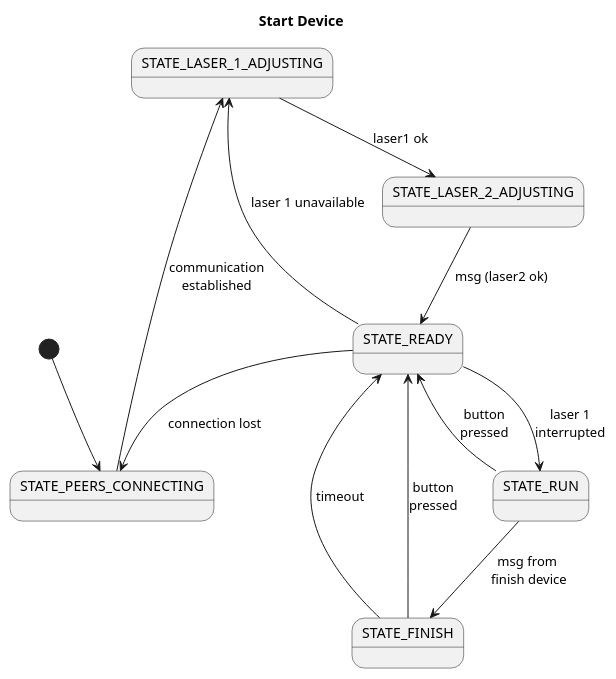
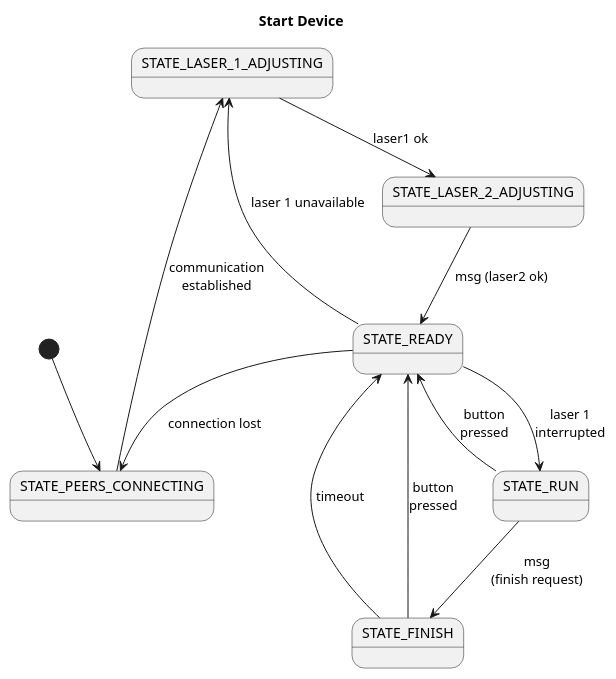
One commit to bardolf/fatrug changed the diagram in doc/uml/state_diagram_start.plantuml. Above: the diagram before and after it, drawn with PlantUML. The commit also changed 6 other files, not shown here.

```diff
--- a/doc/uml/state_diagram_start.plantuml
+++ b/doc/uml/state_diagram_start.plantuml
@@ -1,24 +1,24 @@
 @startuml
 
 title Start Device
 
 state "STATE_LASER_1_ADJUSTING" as laser
 state "STATE_LASER_2_ADJUSTING" as laser2
 state "STATE_PEERS_CONNECTING" as connection
 state "STATE_READY" as ready
 state "STATE_RUN" as run
 state "STATE_FINISH" as finish
 
 [*] --> connection
 connection --> laser : communication\nestablished
 laser --> laser2 : laser1 ok
 laser2 --> ready : msg (laser2 ok)
 ready --> laser: laser 1 unavailable
 ready --> run : laser 1\ninterrupted
 ready --> connection : connection lost
-run --> finish : msg from \nfinish device
+run --> finish : msg\n(finish request)
 run --> ready : button\npressed
 finish --> ready : timeout
 finish --> ready : button\npressed
 
 @enduml
```
